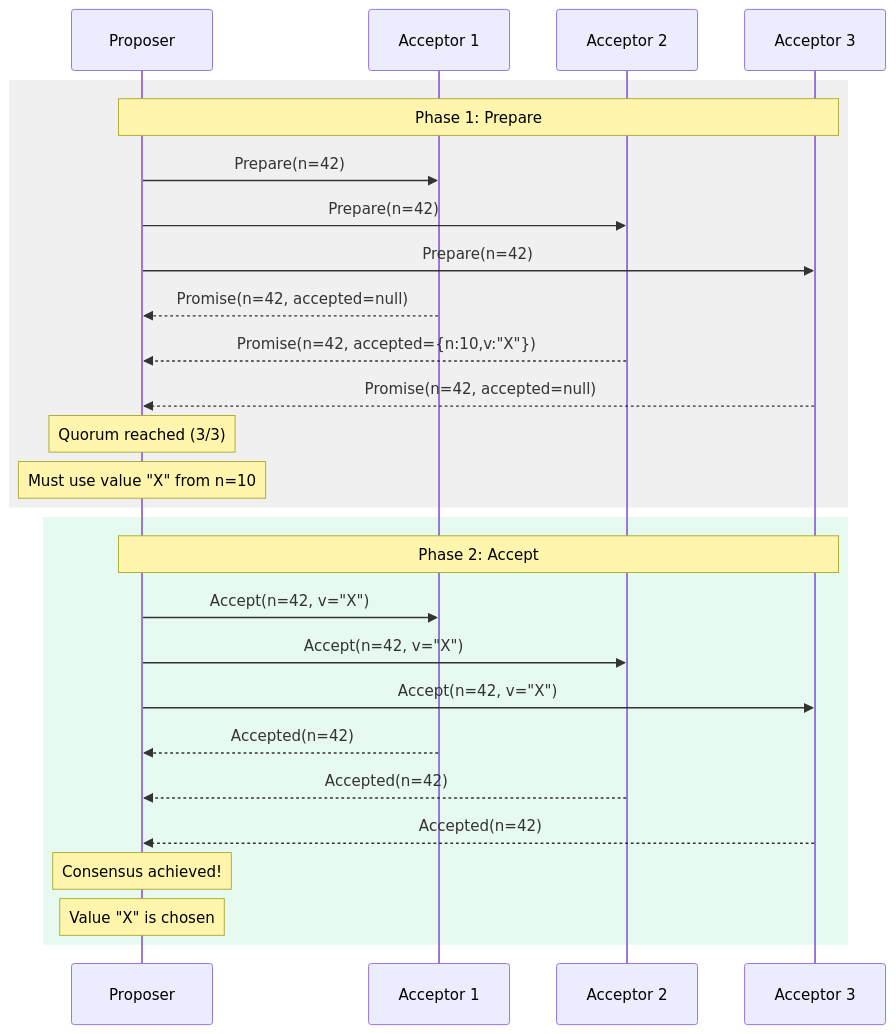
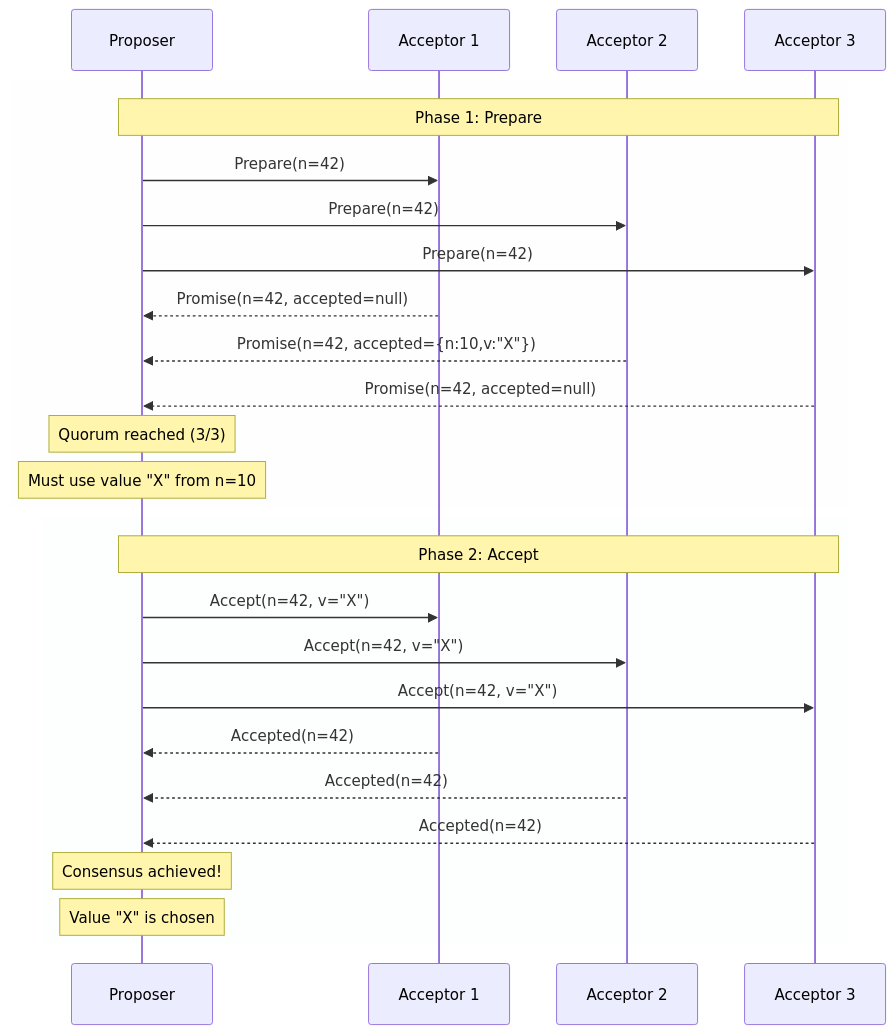
The third of 33 diagrams in docs/patterns/consensus.md (deepaucksharma/DStudio), drawn with Mermaid before and after one commit. The commit also changed other lines of this file and 57 other files, not shown here.

First line of the commit message:
Fix Mermaid v11.9.0 syntax compatibility and cleanup project structure

````diff
--- a/docs/patterns/consensus.md
+++ b/docs/patterns/consensus.md
@@ -120,35 +120,35 @@
 ```mermaid
 sequenceDiagram
     participant P as Proposer
     participant A1 as Acceptor 1
     participant A2 as Acceptor 2
     participant A3 as Acceptor 3
     
-    rect rgb(240, 240, 240)
+    rect rgba(240, 240, 240, 0.1)
         Note over P,A3: Phase 1: Prepare
         P->>A1: Prepare(n=42)
         P->>A2: Prepare(n=42)
         P->>A3: Prepare(n=42)
         
         A1-->>P: Promise(n=42, accepted=null)
         A2-->>P: Promise(n=42, accepted={n:10,v:"X"})
         A3-->>P: Promise(n=42, accepted=null)
         
         Note over P: Quorum reached (3/3)
         Note over P: Must use value "X" from n=10
     end
     
-    rect rgb(230, 250, 240)
+    rect rgba(230, 250, 240, 0.1)
         Note over P,A3: Phase 2: Accept
         P->>A1: Accept(n=42, v="X")
         P->>A2: Accept(n=42, v="X")
         P->>A3: Accept(n=42, v="X")
         
         A1-->>P: Accepted(n=42)
         A2-->>P: Accepted(n=42)
         A3-->>P: Accepted(n=42)
         
         Note over P: Consensus achieved!
         Note over P: Value "X" is chosen
     end
 ```
````
